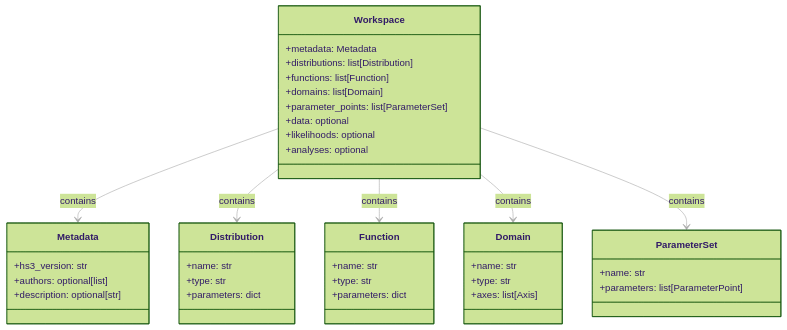
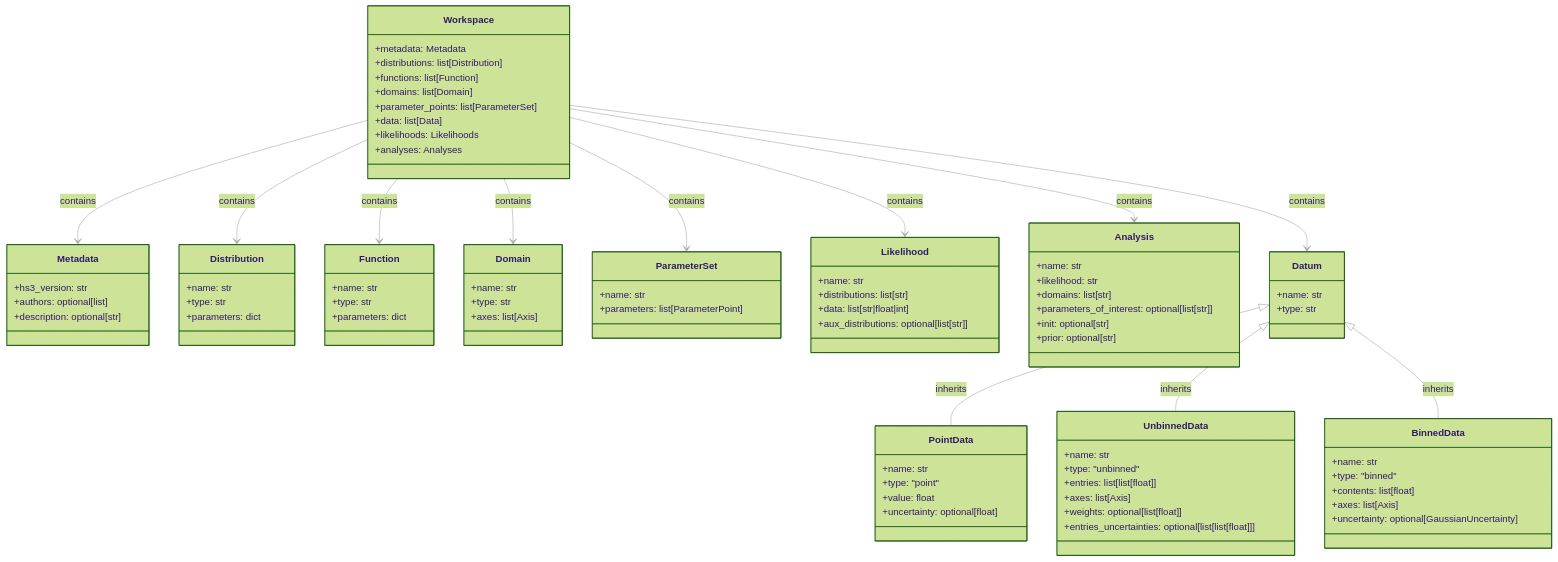
One commit to scipp-atlas/pyhs3 changed the diagram in docs/workspace.rst. Above: the diagram before and after it, drawn with Mermaid. The commit also changed other lines of this file and 11 other files, not shown here.

Commit message:
feat: add Analyses and Likelihoods (#83)

```diff
--- a/docs/workspace.rst
+++ b/docs/workspace.rst
@@ -164,9 +173,9 @@
            +functions: list[Function]
            +domains: list[Domain]
            +parameter_points: list[ParameterSet]
-           +data: optional
-           +likelihoods: optional
-           +analyses: optional
+           +data: list[Data]
+           +likelihoods: Likelihoods
+           +analyses: Analyses
        }
 
        class Metadata {
@@ -198,8 +207,59 @@
            +parameters: list[ParameterPoint]
        }
 
+       class Likelihood {
+           +name: str
+           +distributions: list[str]
+           +data: list[str|float|int]
+           +aux_distributions: optional[list[str]]
+       }
+
+       class Analysis {
+           +name: str
+           +likelihood: str
+           +domains: list[str]
+           +parameters_of_interest: optional[list[str]]
+           +init: optional[str]
+           +prior: optional[str]
+       }
+
+       class Datum {
+           +name: str
+           +type: str
+       }
+
+       class PointData {
+           +name: str
+           +type: "point"
+           +value: float
+           +uncertainty: optional[float]
+       }
+
+       class UnbinnedData {
+           +name: str
+           +type: "unbinned"
+           +entries: list[list[float]]
+           +axes: list[Axis]
+           +weights: optional[list[float]]
+           +entries_uncertainties: optional[list[list[float]]]
+       }
+
+       class BinnedData {
+           +name: str
+           +type: "binned"
+           +contents: list[float]
+           +axes: list[Axis]
+           +uncertainty: optional[GaussianUncertainty]
+       }
+
        Workspace --> Metadata : contains
        Workspace --> Distribution : contains
        Workspace --> Function : contains
        Workspace --> Domain : contains
        Workspace --> ParameterSet : contains
+       Workspace --> Datum : contains
+       Workspace --> Likelihood : contains
+       Workspace --> Analysis : contains
+       Datum <|-- PointData : inherits
+       Datum <|-- UnbinnedData : inherits
+       Datum <|-- BinnedData : inherits
```
